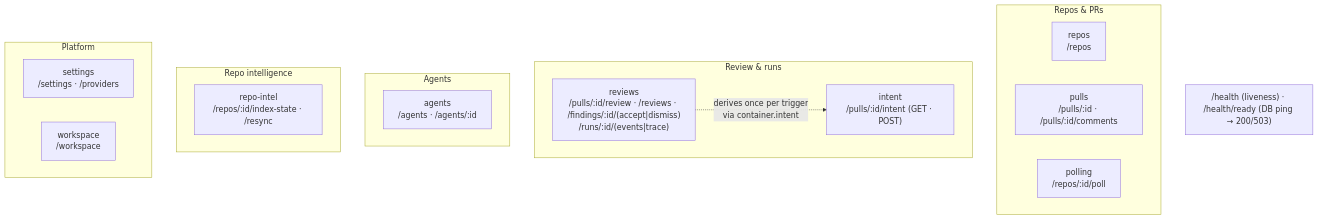
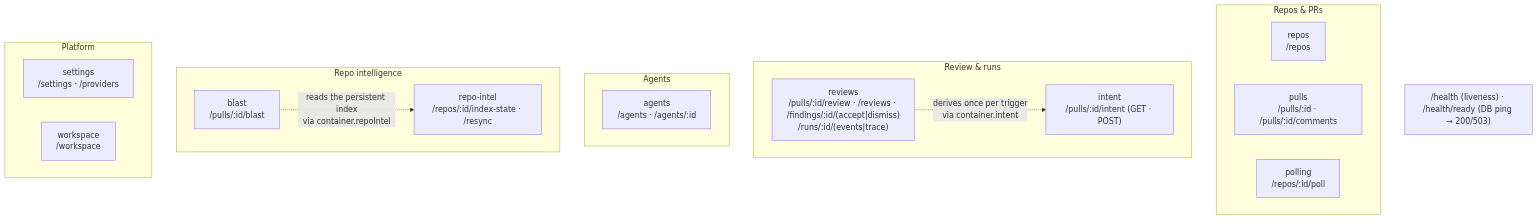
One commit to teplyakoff/dev-digest changed the second of 2 diagrams in server/README.md. Above: the diagram before and after it, drawn with Mermaid. The commit also changed other lines of this file and 29 other files, not shown here.

````diff
--- a/server/README.md
+++ b/server/README.md
@@ -64,24 +65,26 @@
 ```mermaid
 flowchart TB
   subgraph Repos_PRs["Repos & PRs"]
     repos["repos<br/>/repos"]
     pulls["pulls<br/>/pulls/:id · /pulls/:id/comments"]
     polling["polling<br/>/repos/:id/poll"]
   end
   subgraph Review["Review & runs"]
     reviews["reviews<br/>/pulls/:id/review · /reviews · /findings/:id/(accept|dismiss)<br/>/runs/:id/(events|trace)"]
     intent["intent<br/>/pulls/:id/intent (GET · POST)"]
     reviews -.->|"derives once per trigger<br/>via container.intent"| intent
   end
   subgraph Agents["Agents"]
     agents["agents<br/>/agents · /agents/:id"]
   end
   subgraph Intel["Repo intelligence"]
     repoIntel["repo-intel<br/>/repos/:id/index-state · /resync"]
+    blast["blast<br/>/pulls/:id/blast"]
+    blast -.->|"reads the persistent index<br/>via container.repoIntel"| repoIntel
   end
   subgraph Platform["Platform"]
     settings["settings<br/>/settings · /providers"]
     workspace["workspace<br/>/workspace"]
   end
   HEALTH["/health (liveness) · /health/ready (DB ping → 200/503)"]
 ```
````
